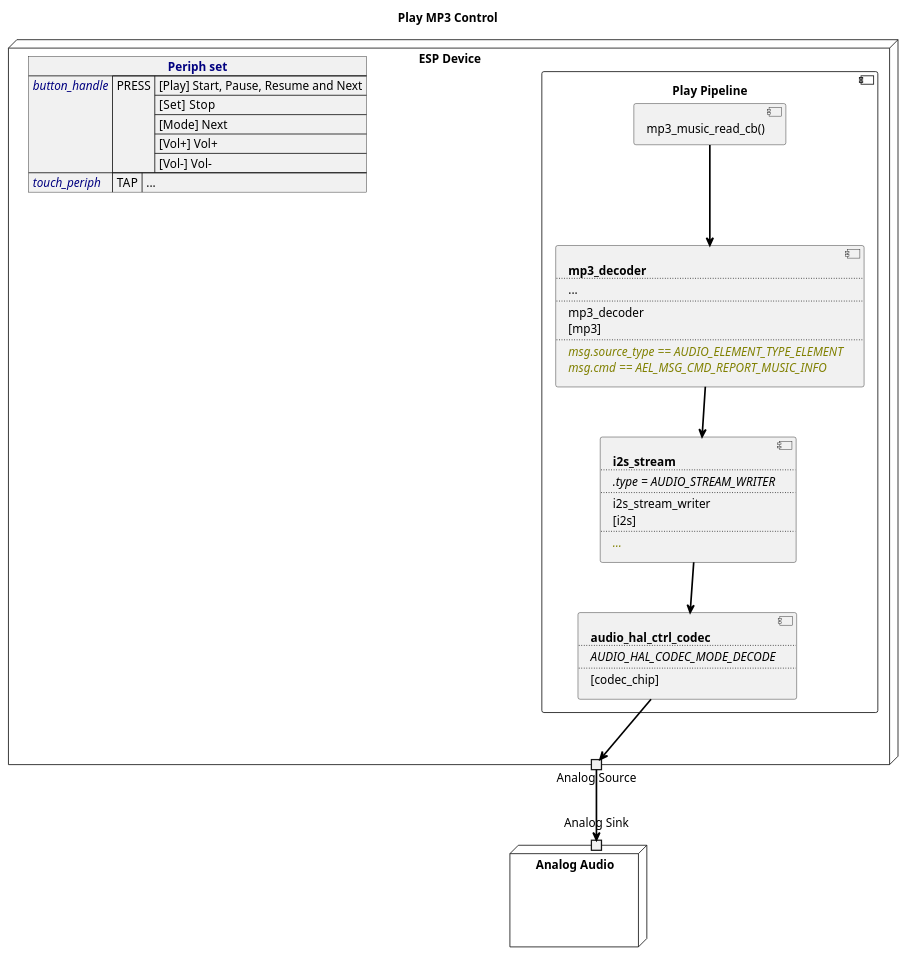
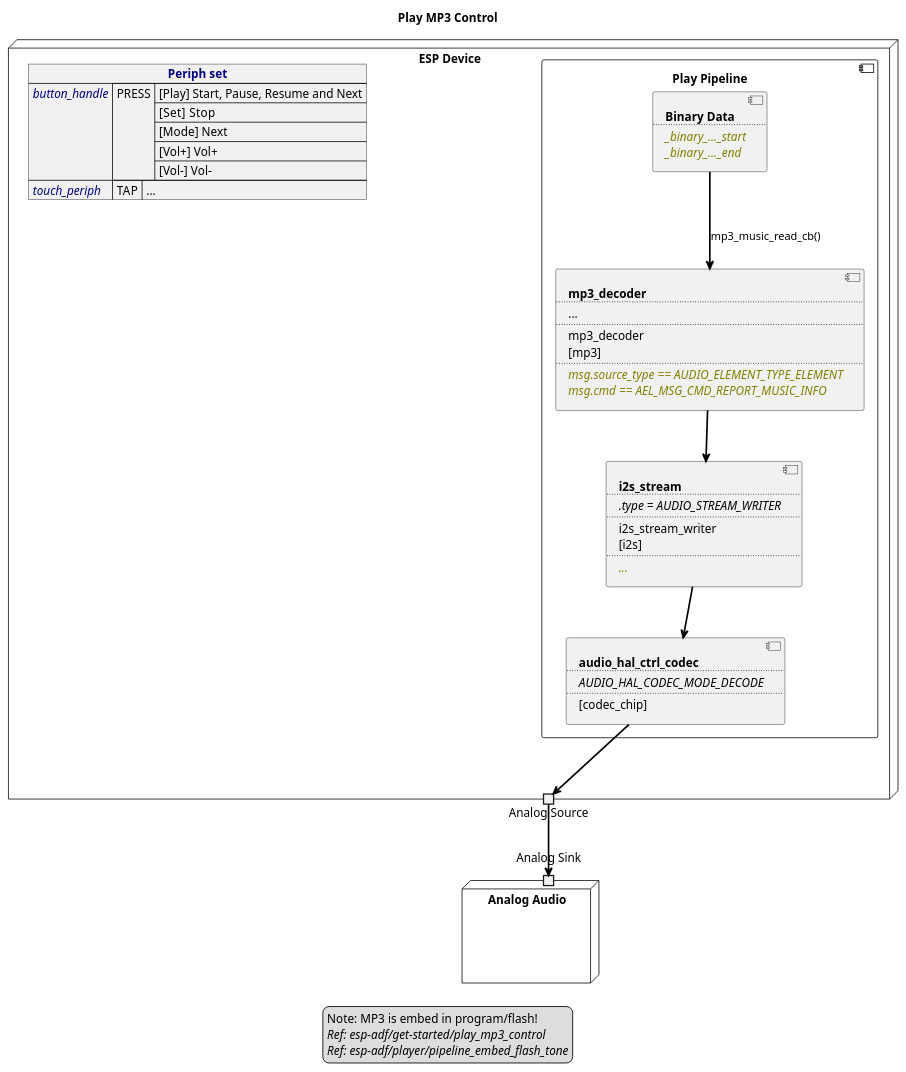
The diagram in examples/esp-adf/get-started/play_mp3_control/audio-stream-diagram.plantuml (liang-zhu-zi/open-audio-adapter), drawn with PlantUML before and after one commit. The commit also changed 6 other files, not shown here.

Commit message:
add audio flow chart

```diff
--- a/examples/esp-adf/get-started/play_mp3_control/audio-stream-diagram.plantuml
+++ b/examples/esp-adf/get-started/play_mp3_control/audio-stream-diagram.plantuml
@@ -1,72 +1,82 @@
 @startuml play_mp3_control
 title Play MP3 Control
 allowmixing
 
+legend
+Note: MP3 is embed in program/flash!
+//Ref: esp-adf/get-started/play_mp3_control//
+//Ref: esp-adf/player/pipeline_embed_flash_tone//
+end legend
 
 node "ESP Device" as ESPDevice  {
 
     json "<b><color navy>Periph set" as periph_set {
         "<i><color navy>button_handle":  {
             "PRESS":["[Play] Start, Pause, Resume and Next", 
                      "[Set]  Stop",
                      "[Mode] Next",
                      "[Vol+] Vol+",
                      "[Vol-] Vol-"
             ]
         },
         "<i><color navy>touch_periph":  {
             "TAP": "..."
         }
     }
 
     component "Play Pipeline" as PlayPipeline {
-        component "mp3_music_read_cb()" as mp3_music_read_cb
+        component BinaryData [
+            <b>Binary Data
+            ....
+            <i><color olive>_binary_..._start
+            <i><color olive>_binary_..._end
+        ]
 
         component Mp3Decoder [
             <b>mp3_decoder
             ....
             ...
             ....
             mp3_decoder
             [mp3]
             ....
             <i><color olive>msg.source_type == AUDIO_ELEMENT_TYPE_ELEMENT
             <i><color olive>msg.cmd == AEL_MSG_CMD_REPORT_MUSIC_INFO
         ]
 
         component I2SStream [
             <b>i2s_stream
             ....
             <i>.type = AUDIO_STREAM_WRITER
             ....
             i2s_stream_writer
             [i2s]
             ....
             <i><color olive>...
         ]
 
         component HALCodec [
             <b>audio_hal_ctrl_codec
             ....
             <i>AUDIO_HAL_CODEC_MODE_DECODE
             ....
             [codec_chip]
         ]
     }
 
     portout "Analog Source" as AnalogSource
 } 
 
 node "Analog Audio" as AnalogAudio  {
     portin "Analog Sink" as AnalogSink
 }
 
 
-mp3_music_read_cb --> Mp3Decoder      #line:black;line.bold;text:black
+BinaryData  --> Mp3Decoder      #line:black;line.bold;text:black : mp3_music_read_cb()
 Mp3Decoder  --> I2SStream       #line:black;line.bold;text:black
 I2SStream   --> HALCodec        #line:black;line.bold;text:black
 HALCodec    --> AnalogSource    #line:black;line.bold;text:black
 
 AnalogSource --> AnalogSink     #line:black;line.bold;text:black
 
 @enduml
```
